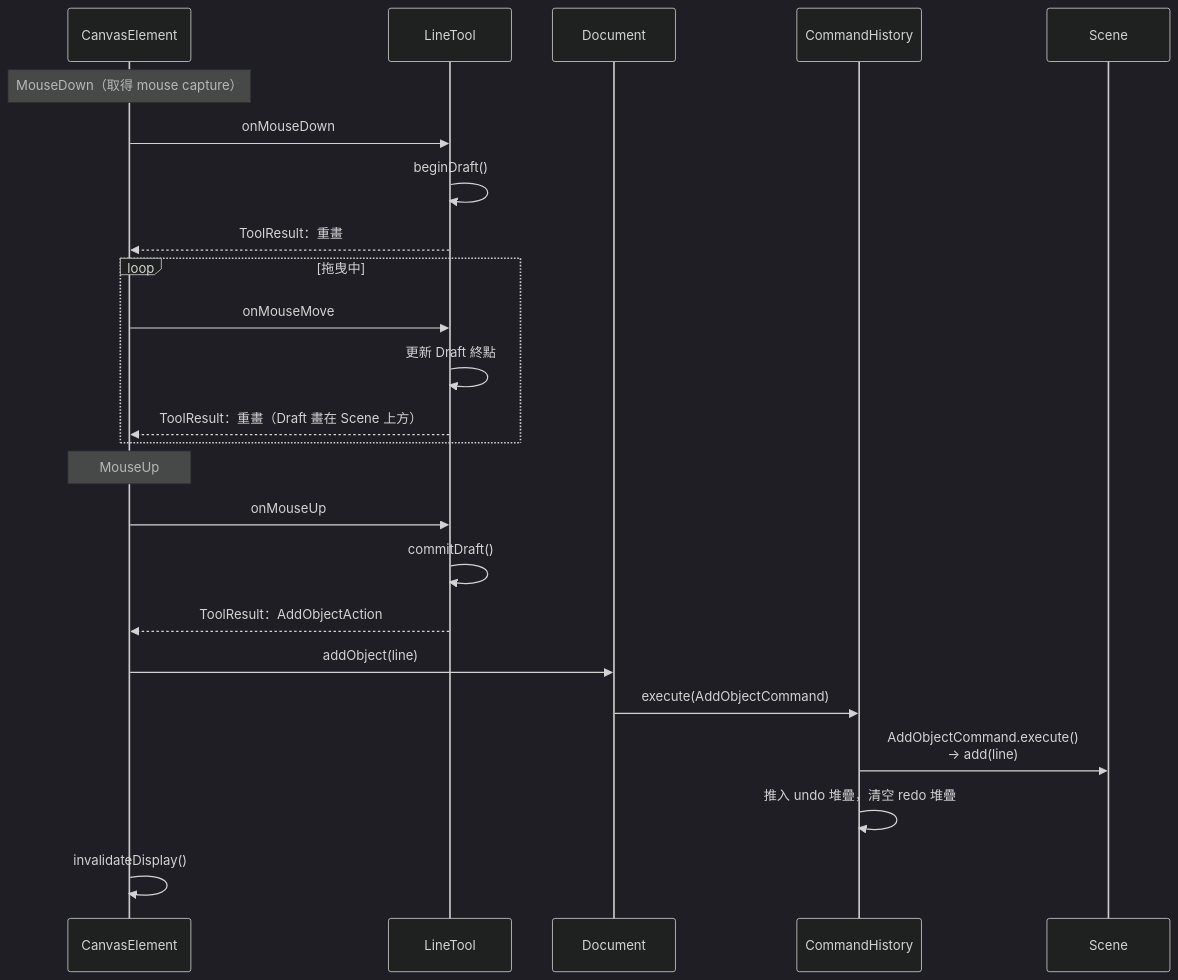
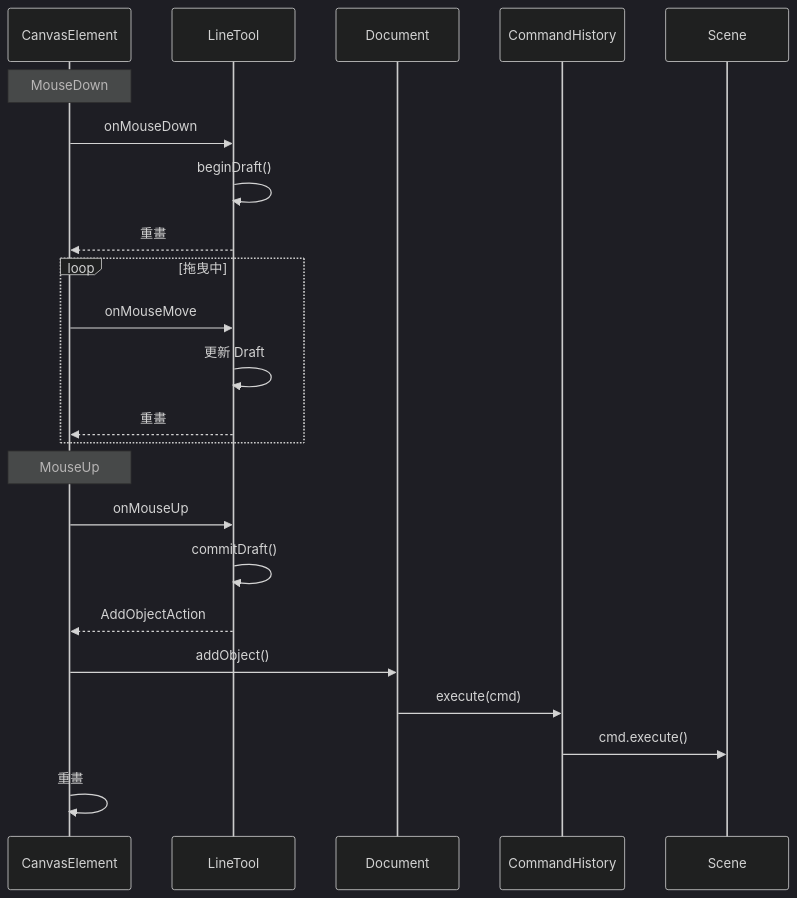
Before and after one commit to YuanOwO/CG-hw1-paint: the diagram in docs/figures-src/app_c_sequence-line.mmd, drawn with Mermaid (dark theme). The commit also changed 20 other files, not shown here.

```diff
--- a/docs/figures-src/app_c_sequence-line.mmd
+++ b/docs/figures-src/app_c_sequence-line.mmd
@@ -1,25 +1,24 @@
 sequenceDiagram
     participant C as CanvasElement
     participant T as LineTool
     participant D as Document
     participant H as CommandHistory
     participant S as Scene
 
-    Note over C: MouseDown（取得 mouse capture）
+    Note over C: MouseDown
     C->>T: onMouseDown
     T->>T: beginDraft()
-    T-->>C: ToolResult：重畫
+    T-->>C: 重畫
     loop 拖曳中
         C->>T: onMouseMove
-        T->>T: 更新 Draft 終點
-        T-->>C: ToolResult：重畫（Draft 畫在 Scene 上方）
+        T->>T: 更新 Draft
+        T-->>C: 重畫
     end
     Note over C: MouseUp
     C->>T: onMouseUp
     T->>T: commitDraft()
-    T-->>C: ToolResult：AddObjectAction
-    C->>D: addObject(line)
-    D->>H: execute(AddObjectCommand)
-    H->>S: AddObjectCommand.execute()<br/>→ add(line)
-    H->>H: 推入 undo 堆疊，清空 redo 堆疊
-    C->>C: invalidateDisplay()
+    T-->>C: AddObjectAction
+    C->>D: addObject()
+    D->>H: execute(cmd)
+    H->>S: cmd.execute()
+    C->>C: 重畫
```
